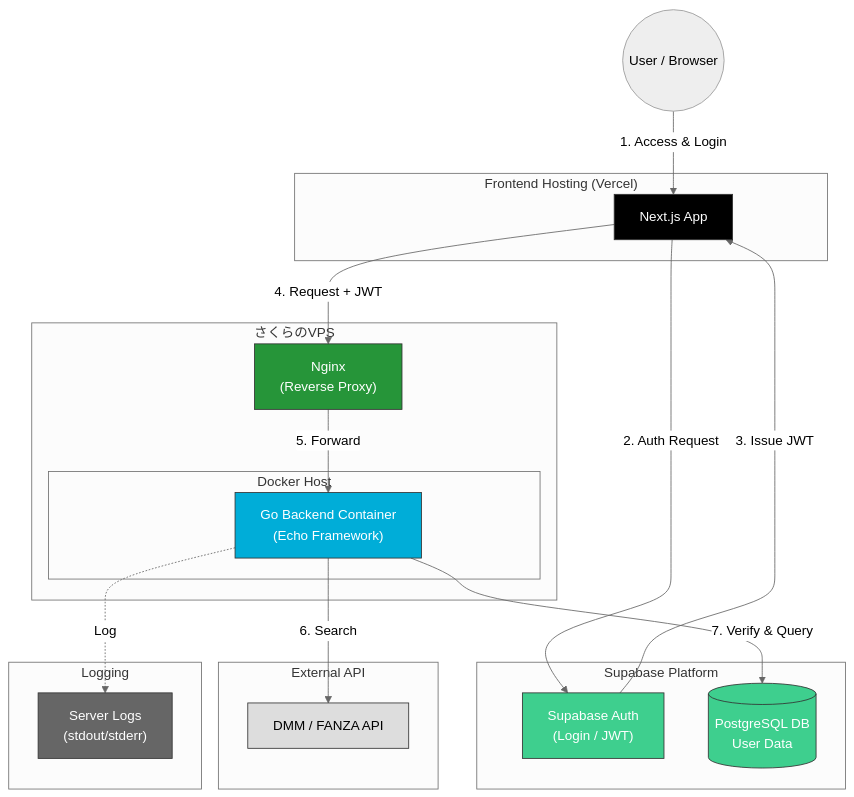
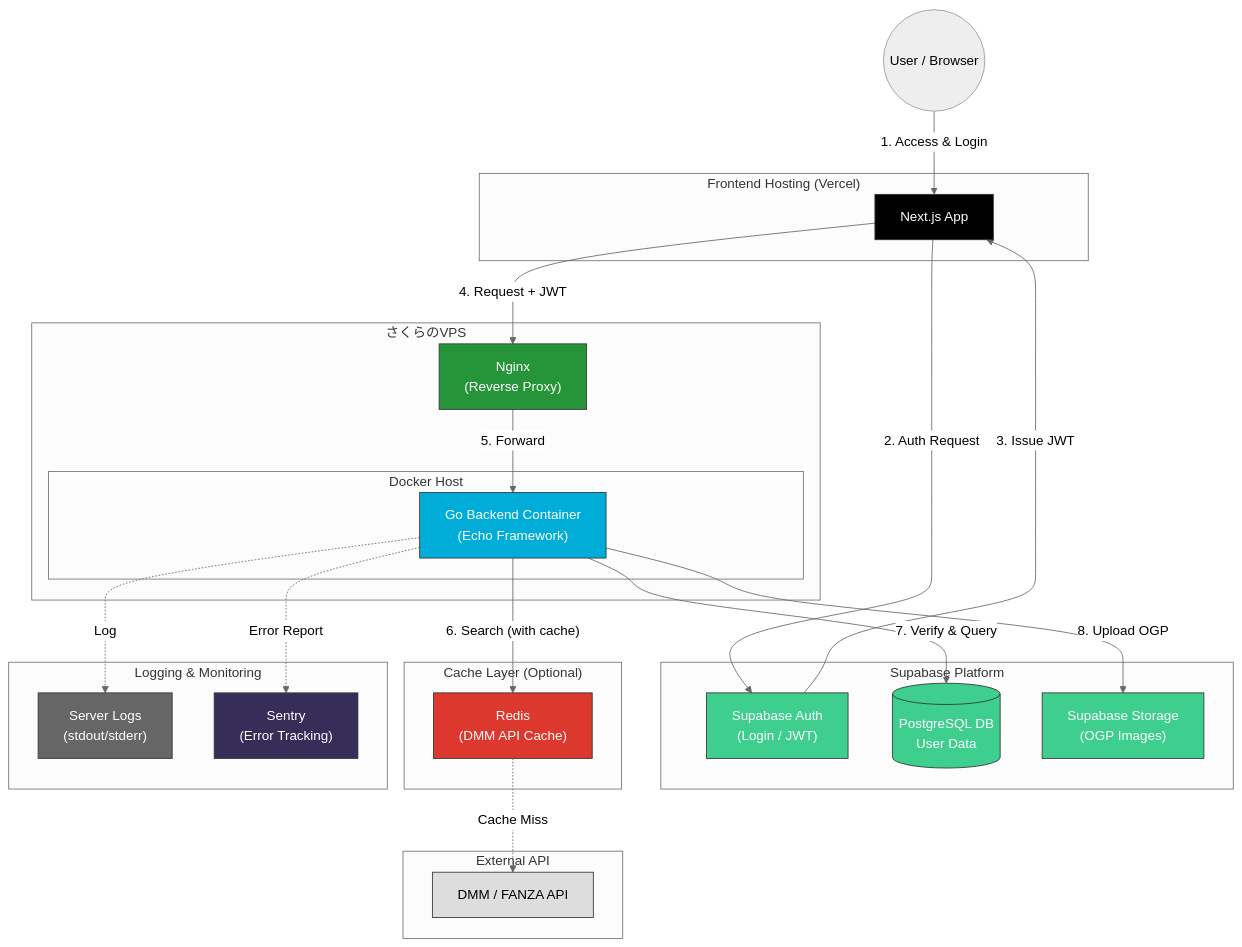
The first of 2 diagrams in README.md (akito-0520/MuseLog), drawn with Mermaid (neutral theme) before and after one commit. The commit also changed other lines of this file and 4 other files, not shown here.

````diff
--- a/README.md
+++ b/README.md
@@ -21,59 +29,73 @@
 ```mermaid
 graph TD
     %% ユーザー層
     User((User / Browser))
 
     %% フロントエンド (Vercel)
     subgraph "Frontend Hosting (Vercel)"
         Next["Next.js App"]
         style Next fill:#000000,stroke:#333,color:white
     end
 
     %% バックエンド (VPS/EC2)
     subgraph "さくらのVPS"
         subgraph "Docker Host"
             GoApp["Go Backend Container<br/>(Echo Framework)"]
             style GoApp fill:#00ADD8,stroke:#333,color:white
         end
-        
+
         Nginx["Nginx<br/>(Reverse Proxy)"]
         style Nginx fill:#269539,stroke:#333,color:white
     end
 
     %% 外部SaaS (Supabase)
     subgraph "Supabase Platform"
         SupaAuth["Supabase Auth<br/>(Login / JWT)"]
         SupaDB[("PostgreSQL DB<br/>User Data")]
+        SupaStorage["Supabase Storage<br/>(OGP Images)"]
         style SupaAuth fill:#3ECF8E,stroke:#333,color:white
         style SupaDB fill:#3ECF8E,stroke:#333,color:white
+        style SupaStorage fill:#3ECF8E,stroke:#333,color:white
     end
 
     %% 外部データソース
     subgraph "External API"
         DMM["DMM / FANZA API"]
         style DMM fill:#DDD,stroke:#333,color:black
     end
 
+    %% キャッシュ層
+    subgraph "Cache Layer (Optional)"
+        Redis["Redis<br/>(DMM API Cache)"]
+        style Redis fill:#DC382D,stroke:#333,color:white
+    end
+
     %% --- データフロー ---
-    
+
     %% 1. 画面表示
     User -->|"1. Access & Login"| Next
     Next -->|"2. Auth Request"| SupaAuth
     SupaAuth -->|"3. Issue JWT"| Next
-    
+
     %% 2. APIリクエスト
     Next -->|"4. Request + JWT"| Nginx
     Nginx -->|"5. Forward"| GoApp
-    
+
     %% 3. 処理実行
     GoApp -.->|Log| LocalLogs
-    
+
     %% 4. 外部連携
-    GoApp -->|"6. Search"| DMM
+    GoApp -->|"6. Search (with cache)"| Redis
+    Redis -.->|Cache Miss| DMM
     GoApp -->|"7. Verify & Query"| SupaDB
+    GoApp -->|"8. Upload OGP"| SupaStorage
 
-    subgraph "Logging"
+    subgraph "Logging & Monitoring"
         LocalLogs["Server Logs<br/>(stdout/stderr)"]
+        Sentry["Sentry<br/>(Error Tracking)"]
         style LocalLogs fill:#666,stroke:#333,color:white
+        style Sentry fill:#362D59,stroke:#333,color:white
     end
+
+    GoApp -.->|Error Report| Sentry
 ```
````
